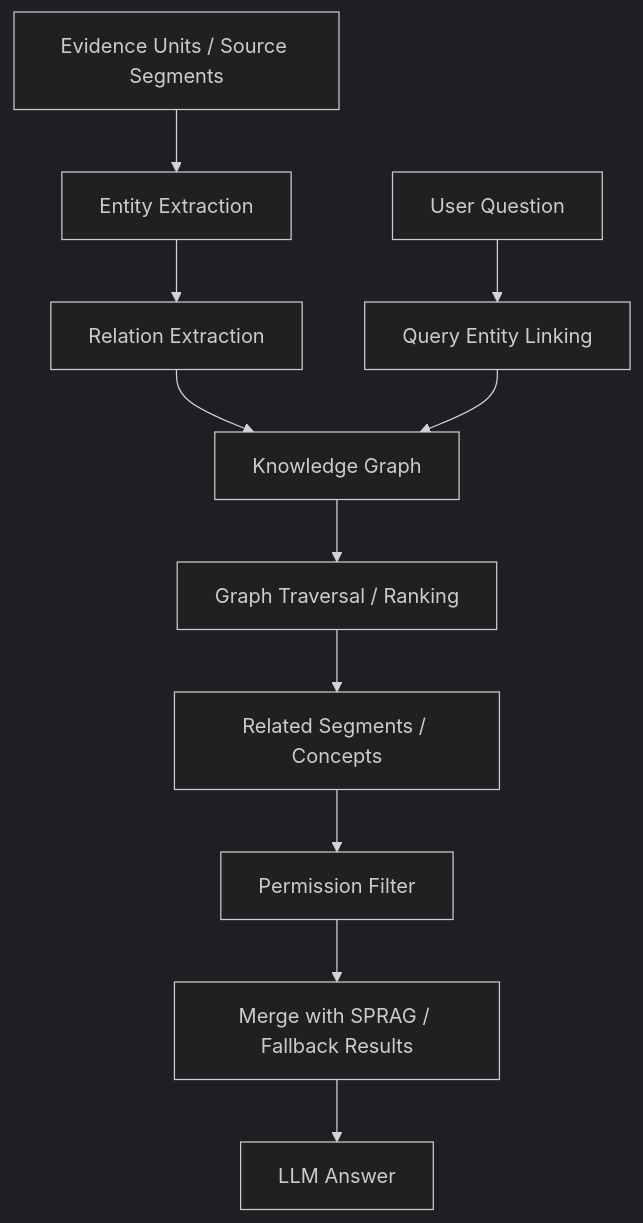
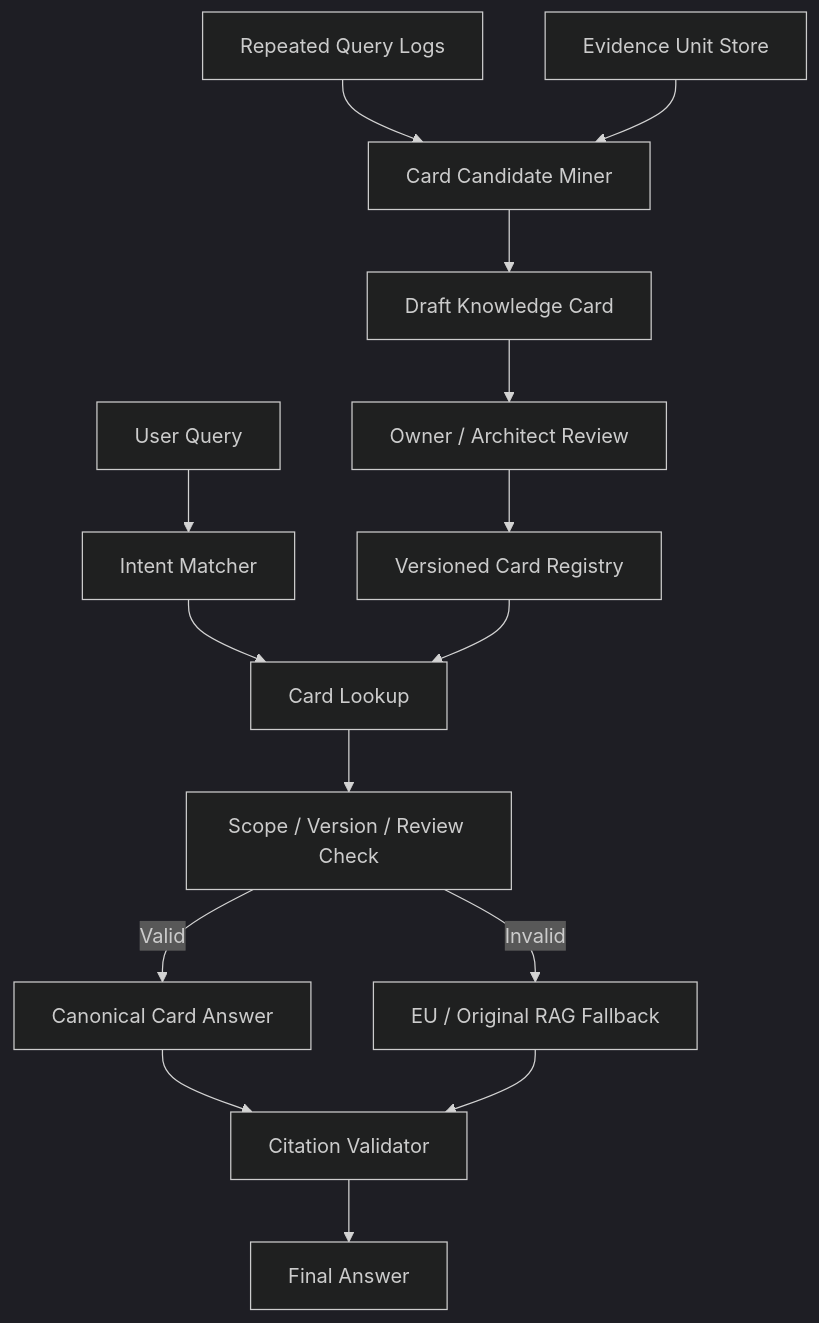
The second of 3 diagrams in doc/04_DP3_Knowledge_Access_Strategy.md (younlea/2026_architect_9B_team), drawn with Mermaid (dark theme) before and after one commit. The commit also changed other lines of this file and 1 other file, not shown here.

Commit message:
Update DP3 knowledge access tradeoff

````diff
--- a/doc/04_DP3_Knowledge_Access_Strategy.md
+++ b/doc/04_DP3_Knowledge_Access_Strategy.md
@@ -181,15 +141,17 @@
 ```mermaid
 flowchart TD
-    C[Evidence Units / Source Segments] --> E[Entity Extraction]
-    E --> R[Relation Extraction]
-    R --> G[Knowledge Graph]
-
-    Q[User Question] --> QE[Query Entity Linking]
-    QE --> G
-
-    G --> T[Graph Traversal / Ranking]
-    T --> P[Related Segments / Concepts]
-    P --> PF[Permission Filter]
-    PF --> M[Merge with SPRAG / Fallback Results]
-    M --> L[LLM Answer]
+    A[Repeated Query Logs] --> B[Card Candidate Miner]
+    C[Evidence Unit Store] --> B
+    B --> D[Draft Knowledge Card]
+    D --> E[Owner / Architect Review]
+    E --> F[Versioned Card Registry]
+    G[User Query] --> H[Intent Matcher]
+    H --> I[Card Lookup]
+    F --> I
+    I --> J[Scope / Version / Review Check]
+    J -->|Valid| K[Canonical Card Answer]
+    J -->|Invalid| L[EU / Original RAG Fallback]
+    K --> M[Citation Validator]
+    L --> M
+    M --> N[Final Answer]
 ```
````
